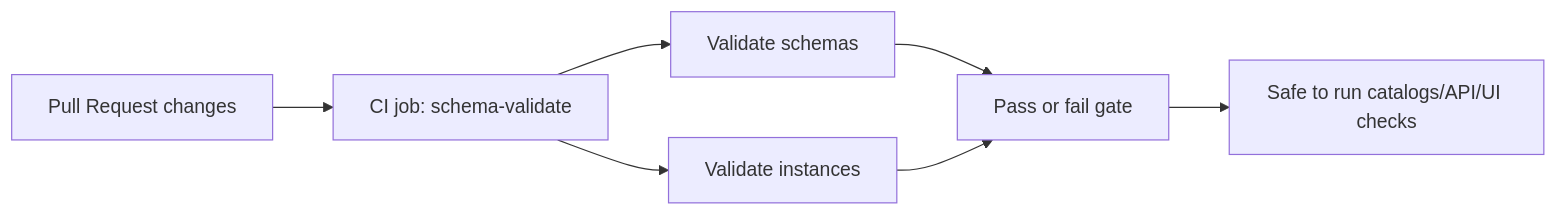
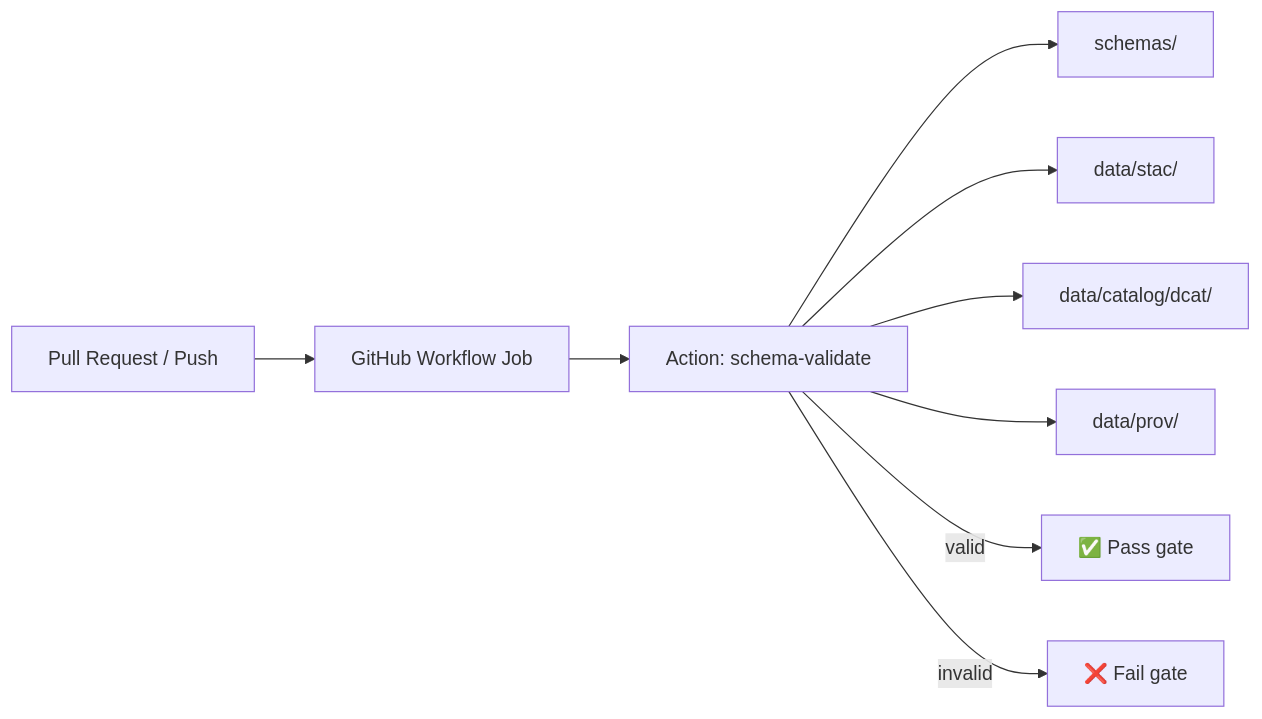
One commit to bartytime4life/Kansas-Frontier-Matrix changed the first of 2 diagrams in .github/actions/schema-validate/README.md. Above: the diagram before and after it, drawn with Mermaid. The commit also changed other lines of this file, not shown here.

```diff
--- a/.github/actions/schema-validate/README.md
+++ b/.github/actions/schema-validate/README.md
@@ -147,9 +165,11 @@
 ~~~mermaid
 flowchart LR
-  PR[Pull Request changes] --> CI[CI job: schema-validate]
-  CI --> S1[Validate schemas]
-  CI --> S2[Validate instances]
-  S1 --> Gate[Pass or fail gate]
-  S2 --> Gate
-  Gate --> Downstream[Safe to run catalogs/API/UI checks]
+  PR[Pull Request / Push] --> WF[GitHub Workflow Job]
+  WF --> ACT[Action: schema-validate]
+  ACT --> S[schemas/]
+  ACT --> STAC[data/stac/]
+  ACT --> DCAT[data/catalog/dcat/]
+  ACT --> PROV[data/prov/]
+  ACT -->|valid| OK[✅ Pass gate]
+  ACT -->|invalid| FAIL[❌ Fail gate]
 ~~~
```
